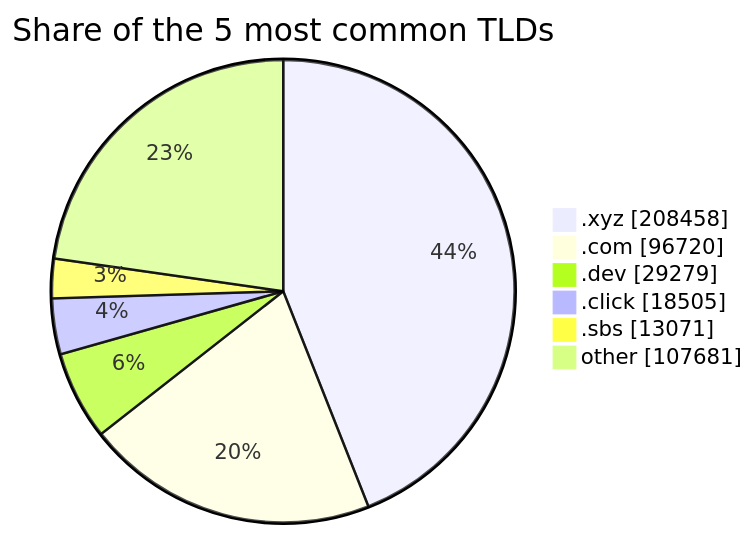
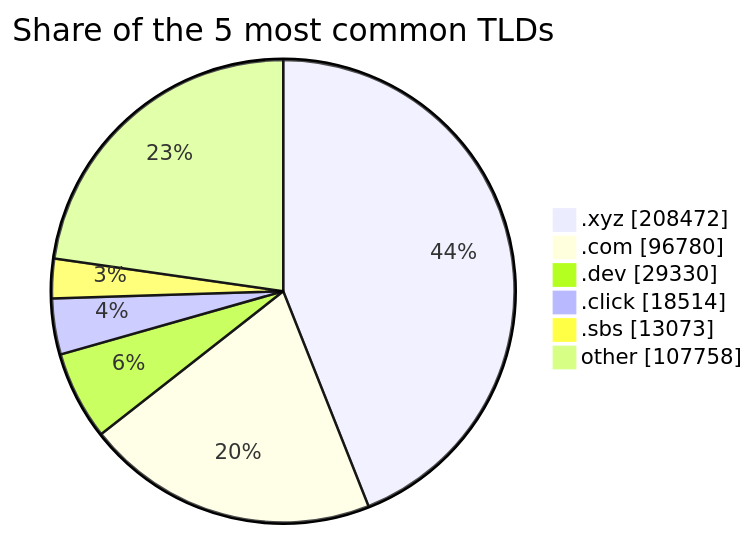
The third of 3 diagrams in README.md (DNSBunker/CTI), drawn with Mermaid before and after one commit. The commit also changed other lines of this file and 3 other files, not shown here.

````diff
--- a/README.md
+++ b/README.md
@@ -81,9 +81,9 @@
 ```mermaid
 pie showData title Share of the 5 most common TLDs
-    ".xyz" : 208458
-    ".com" : 96720
-    ".dev" : 29279
-    ".click" : 18505
-    ".sbs" : 13071
-    "other" : 107681
+    ".xyz" : 208472
+    ".com" : 96780
+    ".dev" : 29330
+    ".click" : 18514
+    ".sbs" : 13073
+    "other" : 107758
 ```
````
